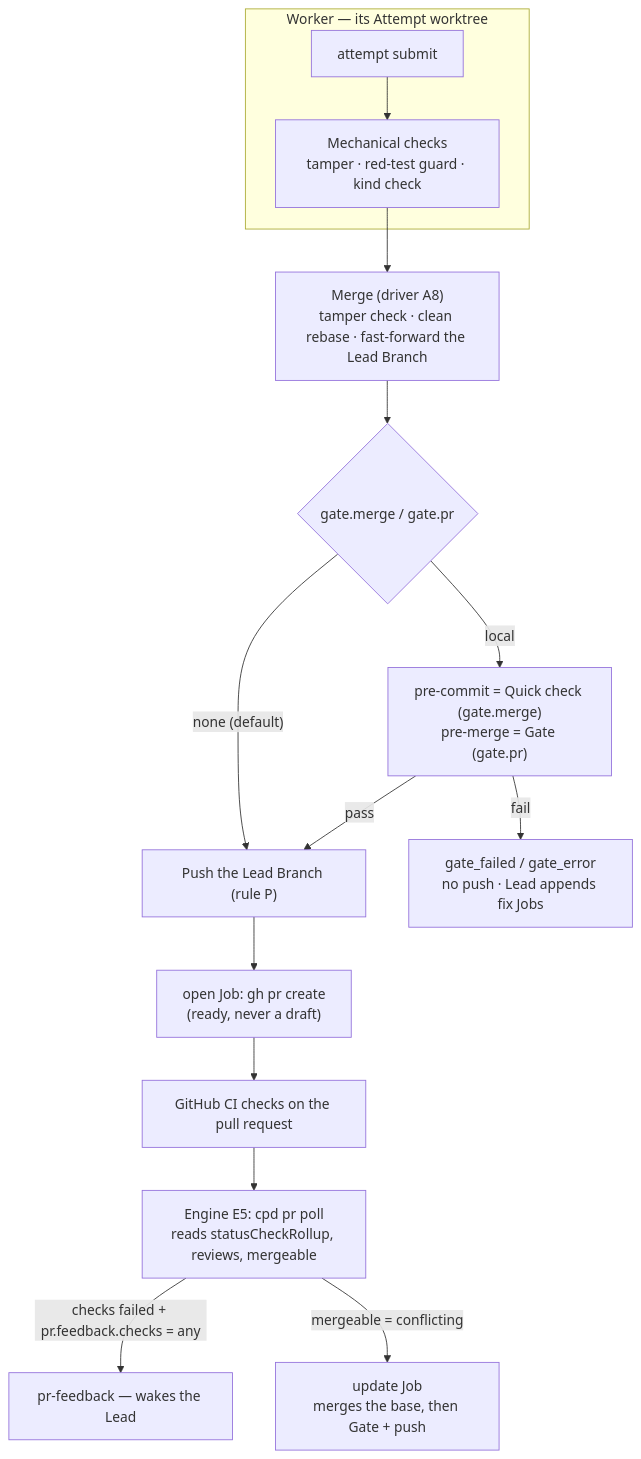
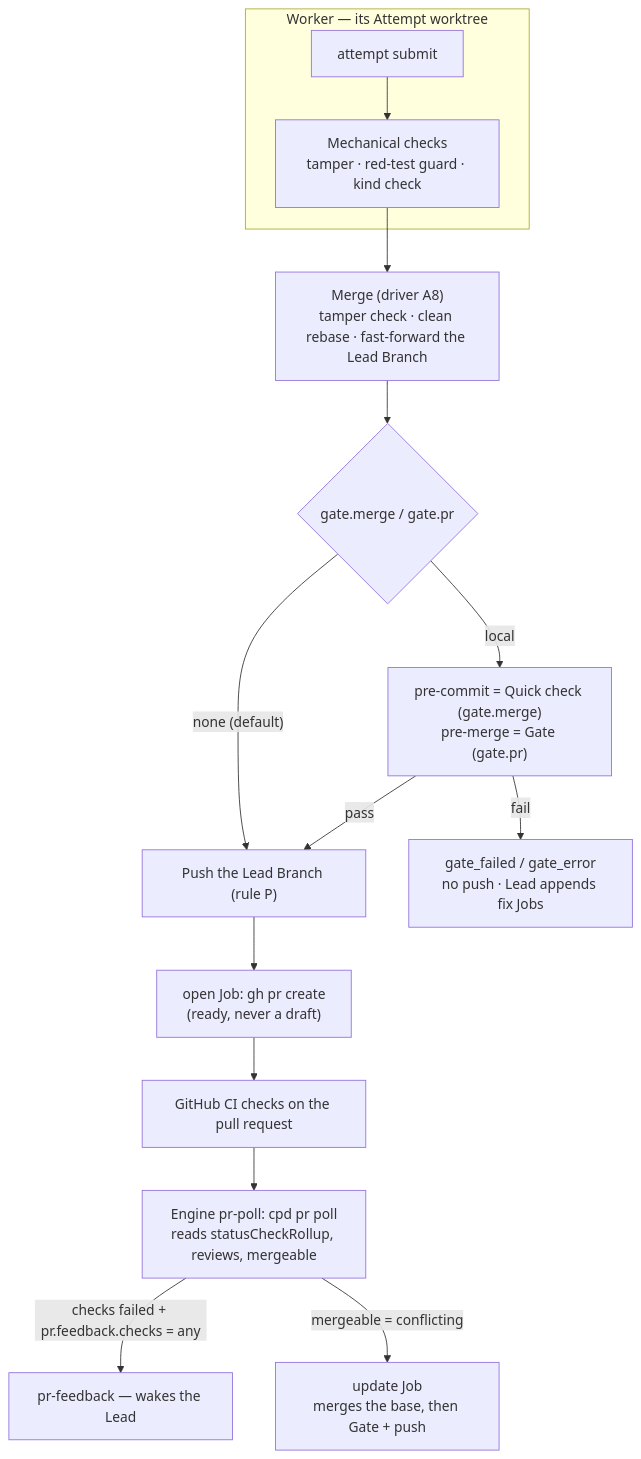
Before and after one commit to clayton-duarte/cpd: the first of 3 diagrams in docs/architecture/verification.md, drawn with Mermaid. The commit also changed other lines of this file and 23 other files, not shown here.

````diff
--- a/docs/architecture/verification.md
+++ b/docs/architecture/verification.md
@@ -54,17 +54,17 @@
 ```mermaid
 flowchart TD
   subgraph worker["Worker — its Attempt worktree"]
     S["attempt submit"] --> K["Mechanical checks<br/>tamper · red-test guard · kind check"]
   end
   K --> M["Merge (driver A8)<br/>tamper check · clean rebase · fast-forward the Lead Branch"]
   M --> G{"gate.merge / gate.pr"}
   G -->|"local"| H["pre-commit = Quick check (gate.merge)<br/>pre-merge = Gate (gate.pr)"]
   G -->|"none (default)"| P["Push the Lead Branch (rule P)"]
   H -->|"pass"| P
   H -->|"fail"| F["gate_failed / gate_error<br/>no push · Lead appends fix Jobs"]
   P --> O["open Job: gh pr create<br/>(ready, never a draft)"]
   O --> CI["GitHub CI checks on the pull request"]
-  CI --> E5["Engine E5: cpd pr poll<br/>reads statusCheckRollup, reviews, mergeable"]
-  E5 -->|"checks failed + pr.feedback.checks = any"| PF["pr-feedback — wakes the Lead"]
-  E5 -->|"mergeable = conflicting"| UJ["update Job<br/>merges the base, then Gate + push"]
+  CI --> PRPOLL["Engine pr-poll: cpd pr poll<br/>reads statusCheckRollup, reviews, mergeable"]
+  PRPOLL -->|"checks failed + pr.feedback.checks = any"| PF["pr-feedback — wakes the Lead"]
+  PRPOLL -->|"mergeable = conflicting"| UJ["update Job<br/>merges the base, then Gate + push"]
 ```
````
